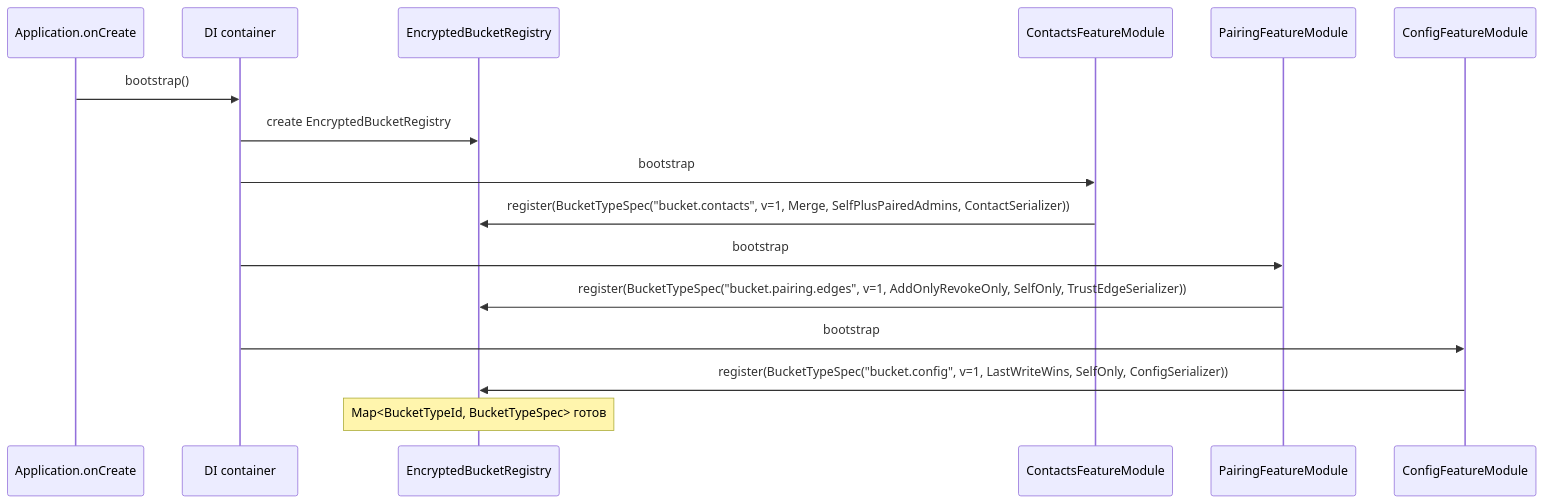
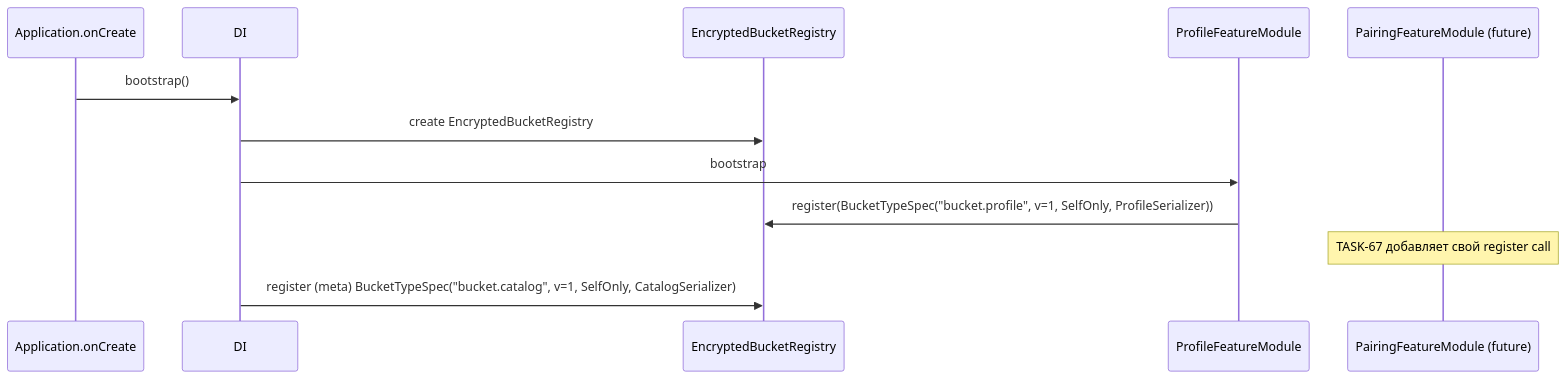
The second of 9 diagrams in specs/task-66-generic-encrypted-bucket-registry/spec.md (jeromwork/launcher), drawn with Mermaid before and after one commit. The commit also changed other lines of this file, not shown here.

````diff
--- a/specs/task-66-generic-encrypted-bucket-registry/spec.md
+++ b/specs/task-66-generic-encrypted-bucket-registry/spec.md
@@ -115,19 +137,15 @@
 ```mermaid
 sequenceDiagram
   participant App as Application.onCreate
-  participant DI as DI container
+  participant DI
   participant Reg as EncryptedBucketRegistry
-  participant Contacts as ContactsFeatureModule
-  participant Pairing as PairingFeatureModule
-  participant Config as ConfigFeatureModule
+  participant ProfileMod as ProfileFeatureModule
+  participant PairingMod as PairingFeatureModule (future)
 
   App->>DI: bootstrap()
   DI->>Reg: create EncryptedBucketRegistry
-  DI->>Contacts: bootstrap
-  Contacts->>Reg: register(BucketTypeSpec("bucket.contacts", v=1, Merge, SelfPlusPairedAdmins, ContactSerializer))
-  DI->>Pairing: bootstrap
-  Pairing->>Reg: register(BucketTypeSpec("bucket.pairing.edges", v=1, AddOnlyRevokeOnly, SelfOnly, TrustEdgeSerializer))
-  DI->>Config: bootstrap
-  Config->>Reg: register(BucketTypeSpec("bucket.config", v=1, LastWriteWins, SelfOnly, ConfigSerializer))
-  Note over Reg: Map<BucketTypeId, BucketTypeSpec> готов
+  DI->>ProfileMod: bootstrap
+  ProfileMod->>Reg: register(BucketTypeSpec("bucket.profile", v=1, SelfOnly, ProfileSerializer))
+  Note over PairingMod: TASK-67 добавляет свой register call
+  DI->>Reg: register (meta) BucketTypeSpec("bucket.catalog", v=1, SelfOnly, CatalogSerializer)
 ```
````
